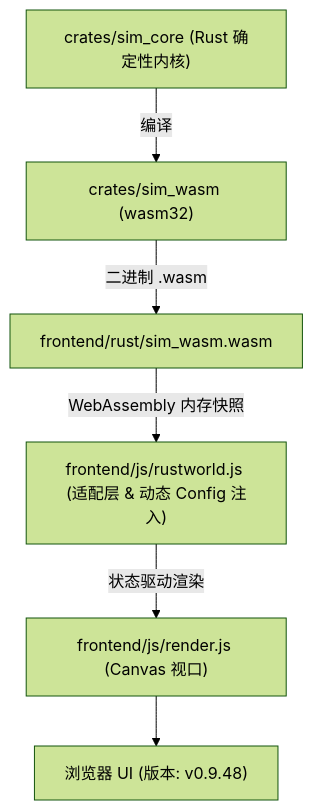
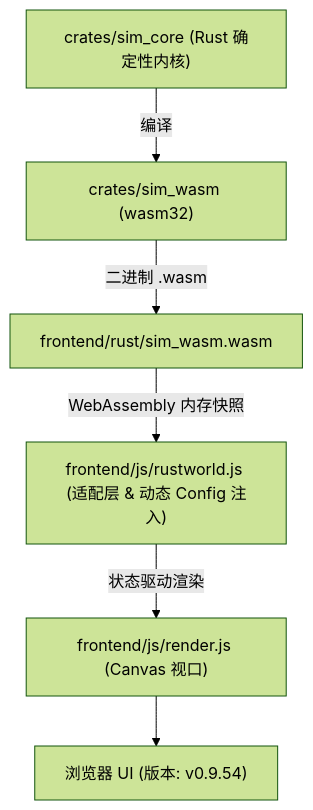
One commit to g39088902/FlowAndAccord changed the diagram in AGENTS.md. Above: the diagram before and after it, drawn with Mermaid (forest theme). The commit also changed other lines of this file and 27 other files, not shown here.

````diff
--- a/AGENTS.md
+++ b/AGENTS.md
@@ -41,8 +41,8 @@
 ```mermaid
 graph TD
     A["crates/sim_core (Rust 确定性内核)"] -->|编译| B["crates/sim_wasm (wasm32)"]
     B -->|二进制 .wasm| C["frontend/rust/sim_wasm.wasm"]
     C -->|WebAssembly 内存快照| D["frontend/js/rustworld.js (适配层 & 动态 Config 注入)"]
     D -->|状态驱动渲染| E["frontend/js/render.js (Canvas 视口)"]
-    E --> F["浏览器 UI (版本: v0.9.48)"]
+    E --> F["浏览器 UI (版本: v0.9.54)"]
 ```
````
